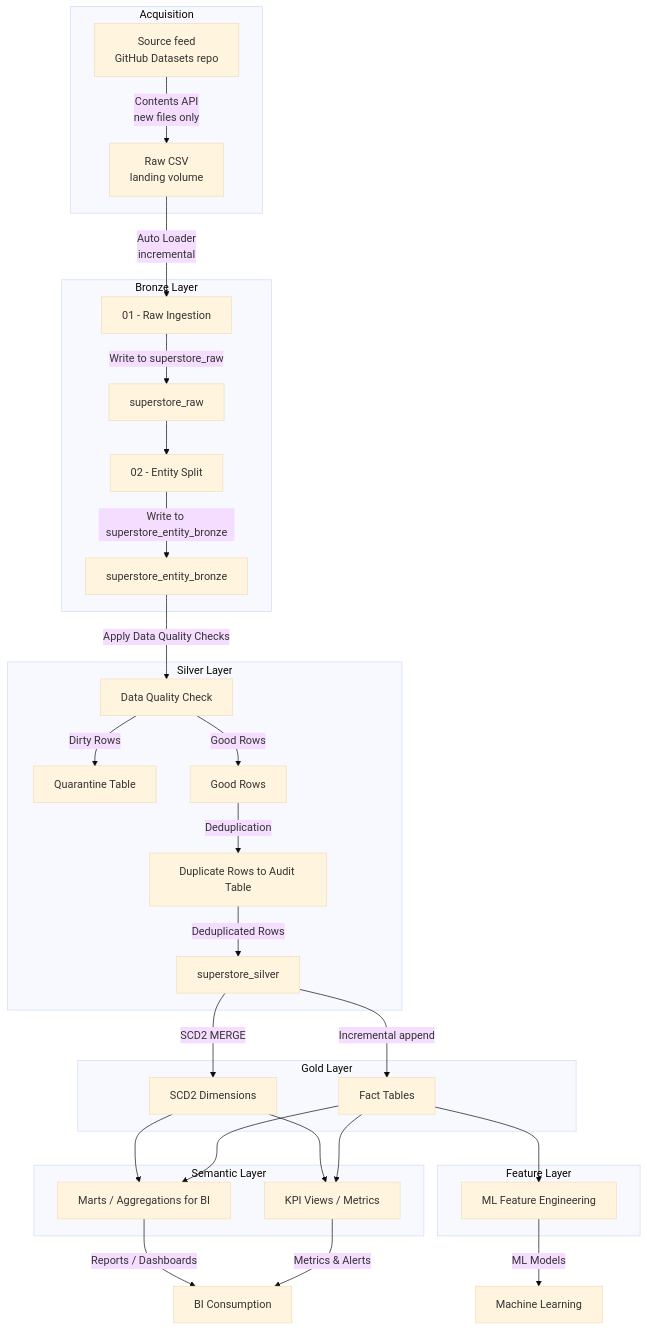
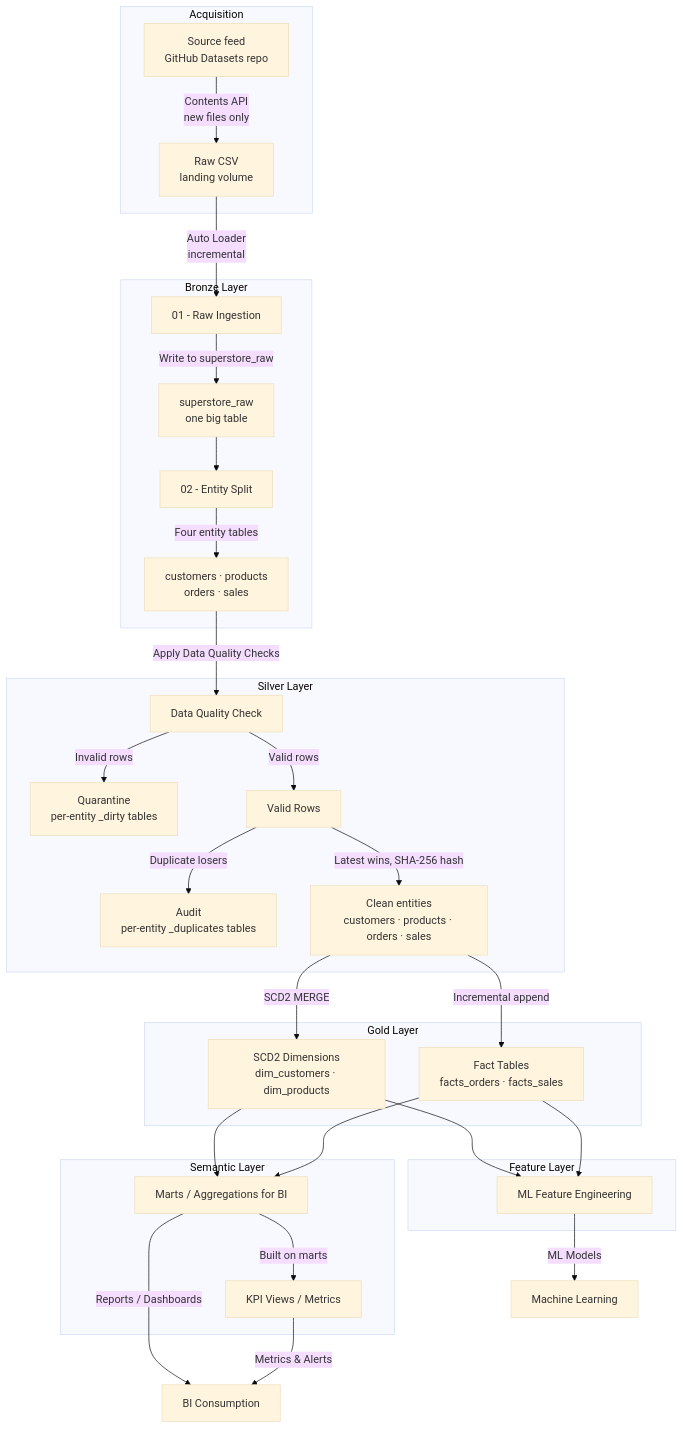
One commit to 111BM/databricks-lakehouse-platform changed the diagram in README.md. Above: the diagram before and after it, drawn with Mermaid (base theme).

Commit message:
Correct the architecture diagram against the config and job DAG
The diagram carried table names taken from the lifecycle image rather than
from the code. superstore_entity_bronze and superstore_silver do not exist:
the entity split writes four tables (customers, products, orders, sales) and
silver is per entity, each with its own _dirty quarantine and _duplicates
audit table. Gold is dim_customers / dim_products and facts_orders /
facts_sales.

Also fixes the serving edges. KPI views were drawn reading straight from
gold, but every kpi task in the job DAG depends on a mart, so the marts now
feed the KPI views. Feature engineering reads gold facts and dimensions
directly, which matches features_customer depending on both.

````diff
--- a/README.md
+++ b/README.md
@@ -15,57 +15,57 @@
 ```mermaid
 flowchart TD
     subgraph ACQ[Acquisition]
         SRC[Source feed<br/>GitHub Datasets repo]
         VOL[Raw CSV<br/>landing volume]
         SRC -->|Contents API<br/>new files only| VOL
     end
 
     subgraph BRONZE[Bronze Layer]
         ING[01 - Raw Ingestion]
-        RAW[superstore_raw]
+        RAW["superstore_raw<br/>one big table"]
         SPLIT[02 - Entity Split]
-        ENT[superstore_entity_bronze]
+        ENT["customers · products<br/>orders · sales"]
         ING -->|Write to superstore_raw| RAW
         RAW --> SPLIT
-        SPLIT -->|Write to superstore_entity_bronze| ENT
+        SPLIT -->|Four entity tables| ENT
     end
 
     subgraph SILVER[Silver Layer]
         DQ[Data Quality Check]
-        QUAR[Quarantine Table]
-        GOOD[Good Rows]
-        AUD["Duplicate Rows to Audit Table"]
-        SLV[superstore_silver]
-        DQ -->|Dirty Rows| QUAR
-        DQ -->|Good Rows| GOOD
-        GOOD -->|Deduplication| AUD
-        AUD -->|Deduplicated Rows| SLV
+        QUAR["Quarantine<br/>per-entity _dirty tables"]
+        GOOD[Valid Rows]
+        AUD["Audit<br/>per-entity _duplicates tables"]
+        SLV["Clean entities<br/>customers · products · orders · sales"]
+        DQ -->|Invalid rows| QUAR
+        DQ -->|Valid rows| GOOD
+        GOOD -->|Duplicate losers| AUD
+        GOOD -->|Latest wins, SHA-256 hash| SLV
     end
 
     subgraph GOLD[Gold Layer]
-        DIM[SCD2 Dimensions]
-        FCT[Fact Tables]
+        DIM["SCD2 Dimensions<br/>dim_customers · dim_products"]
+        FCT["Fact Tables<br/>facts_orders · facts_sales"]
     end
 
     subgraph SEM[Semantic Layer]
         MARTS[Marts / Aggregations for BI]
         KPI[KPI Views / Metrics]
     end
 
     subgraph FEAT[Feature Layer]
         MLF[ML Feature Engineering]
     end
 
     VOL -->|Auto Loader<br/>incremental| ING
     ENT -->|Apply Data Quality Checks| DQ
     SLV -->|SCD2 MERGE| DIM
     SLV -->|Incremental append| FCT
     DIM --> MARTS
     FCT --> MARTS
-    DIM --> KPI
-    FCT --> KPI
+    DIM --> MLF
     FCT --> MLF
+    MARTS -->|Built on marts| KPI
     MARTS -->|Reports / Dashboards| BI[BI Consumption]
     KPI -->|Metrics & Alerts| BI
     MLF -->|ML Models| MLC[Machine Learning]
 ```
````
